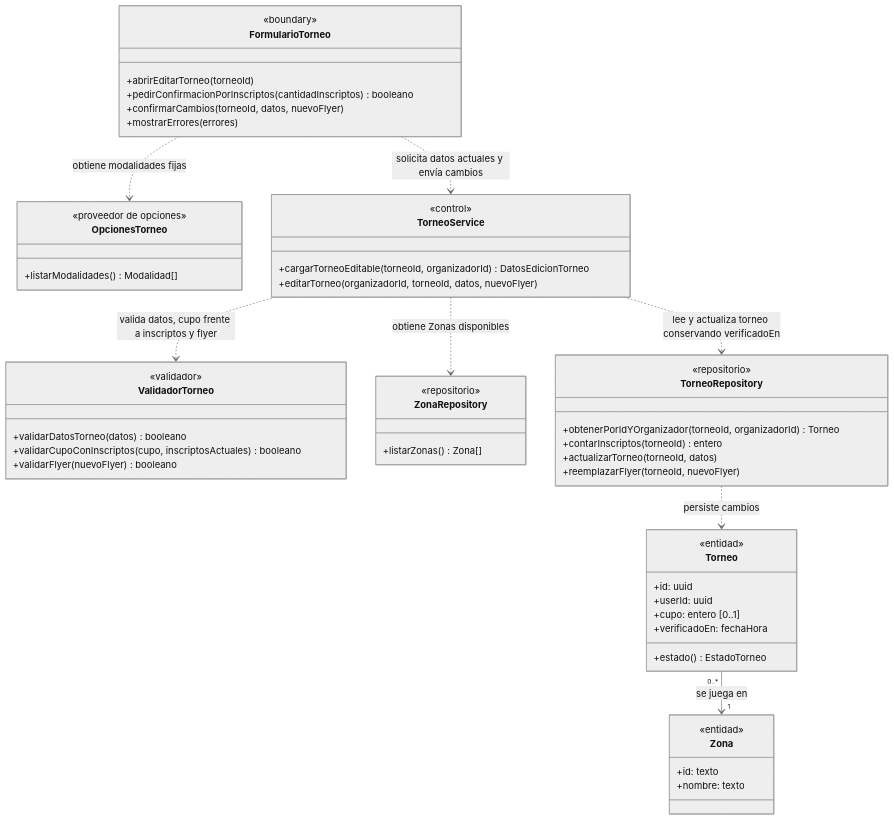
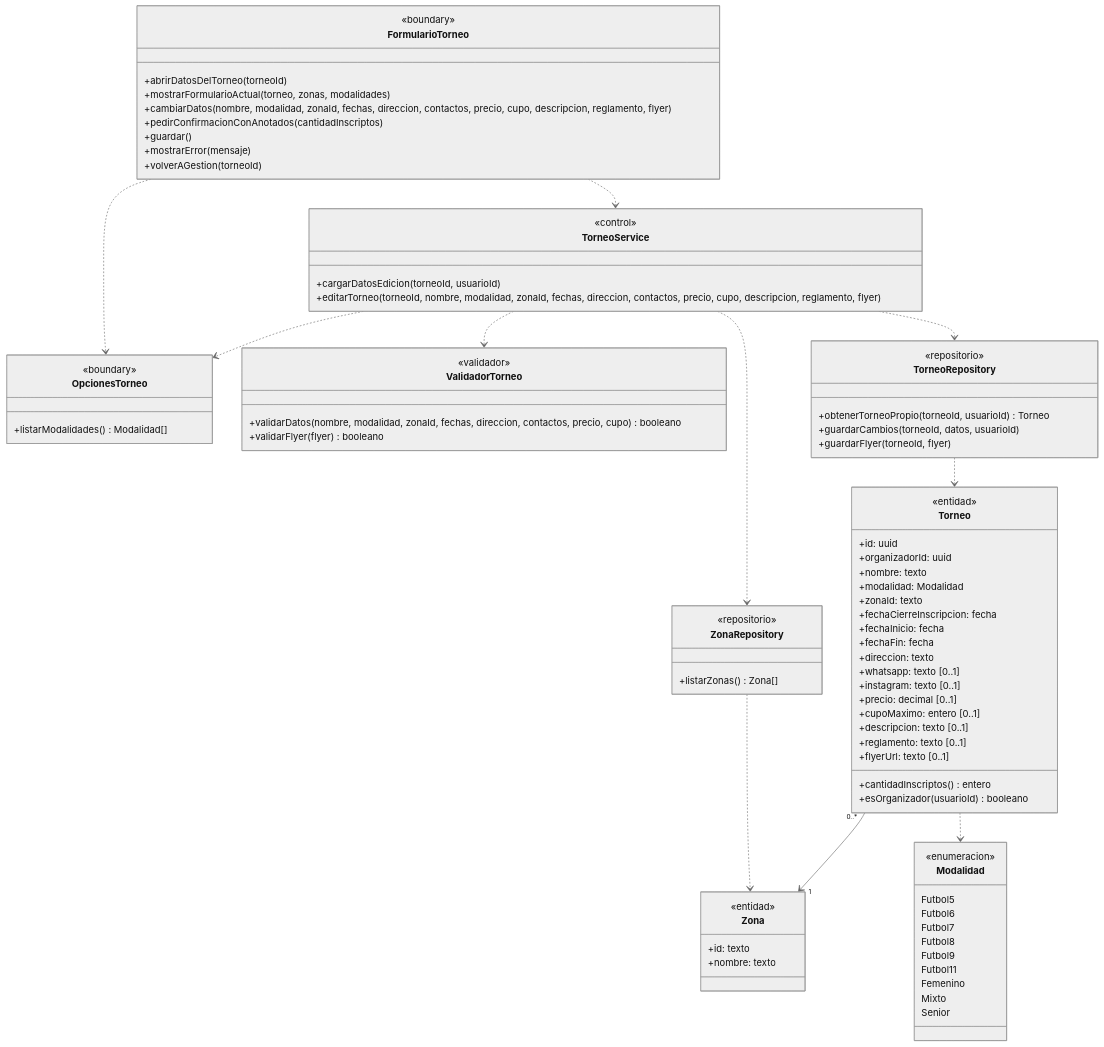
The fourth of 8 diagrams in docs/diagramas-de-clase/organizador.md (nicqletal/torneos-scraper), drawn with Mermaid (neutral theme) before and after one commit. The commit also changed other lines of this file and 13 other files, not shown here.

````diff
--- a/docs/diagramas-de-clase/organizador.md
+++ b/docs/diagramas-de-clase/organizador.md
@@ -257,27 +291,28 @@
 ```mermaid
 classDiagram
-direction TB
 class FormularioTorneo {
   <<boundary>>
-  +abrirEditarTorneo(torneoId)
-  +pedirConfirmacionPorInscriptos(cantidadInscriptos) booleano
-  +confirmarCambios(torneoId, datos, nuevoFlyer)
-  +mostrarErrores(errores)
+  +abrirDatosDelTorneo(torneoId)
+  +mostrarFormularioActual(torneo, zonas, modalidades)
+  +cambiarDatos(nombre, modalidad, zonaId, fechas, direccion, contactos, precio, cupo, descripcion, reglamento, flyer)
+  +pedirConfirmacionConAnotados(cantidadInscriptos)
+  +guardar()
+  +mostrarError(mensaje)
+  +volverAGestion(torneoId)
 }
 class OpcionesTorneo {
-  <<proveedor de opciones>>
+  <<boundary>>
   +listarModalidades() Modalidad[]
 }
 class TorneoService {
   <<control>>
-  +cargarTorneoEditable(torneoId, organizadorId) DatosEdicionTorneo
-  +editarTorneo(organizadorId, torneoId, datos, nuevoFlyer)
+  +cargarDatosEdicion(torneoId, usuarioId)
+  +editarTorneo(torneoId, nombre, modalidad, zonaId, fechas, direccion, contactos, precio, cupo, descripcion, reglamento, flyer)
 }
 class ValidadorTorneo {
   <<validador>>
-  +validarDatosTorneo(datos) booleano
-  +validarCupoConInscriptos(cupo, inscriptosActuales) booleano
-  +validarFlyer(nuevoFlyer) booleano
+  +validarDatos(nombre, modalidad, zonaId, fechas, direccion, contactos, precio, cupo) booleano
+  +validarFlyer(flyer) booleano
 }
 class ZonaRepository {
   <<repositorio>>
@@ -285,29 +320,56 @@
 }
 class TorneoRepository {
   <<repositorio>>
-  +obtenerPorIdYOrganizador(torneoId, organizadorId) Torneo
-  +contarInscriptos(torneoId) entero
-  +actualizarTorneo(torneoId, datos)
-  +reemplazarFlyer(torneoId, nuevoFlyer)
+  +obtenerTorneoPropio(torneoId, usuarioId) Torneo
+  +guardarCambios(torneoId, datos, usuarioId)
+  +guardarFlyer(torneoId, flyer)
 }
 class Torneo {
   <<entidad>>
   +id: uuid
-  +userId: uuid
-  +cupo: entero [0..1]
-  +verificadoEn: fechaHora
-  +estado() EstadoTorneo
+  +organizadorId: uuid
+  +nombre: texto
+  +modalidad: Modalidad
+  +zonaId: texto
+  +fechaCierreInscripcion: fecha
+  +fechaInicio: fecha
+  +fechaFin: fecha
+  +direccion: texto
+  +whatsapp: texto [0..1]
+  +instagram: texto [0..1]
+  +precio: decimal [0..1]
+  +cupoMaximo: entero [0..1]
+  +descripcion: texto [0..1]
+  +reglamento: texto [0..1]
+  +flyerUrl: texto [0..1]
+  +cantidadInscriptos() entero
+  +esOrganizador(usuarioId) booleano
 }
 class Zona {
   <<entidad>>
   +id: texto
   +nombre: texto
 }
-FormularioTorneo ..> OpcionesTorneo : obtiene modalidades fijas
-FormularioTorneo ..> TorneoService : solicita datos actuales y envía cambios
-TorneoService ..> ZonaRepository : obtiene Zonas disponibles
-TorneoService ..> ValidadorTorneo : valida datos, cupo frente a inscriptos y flyer
-TorneoService ..> TorneoRepository : lee y actualiza torneo conservando verificadoEn
-TorneoRepository ..> Torneo : persiste cambios
-Torneo "0..*" --> "1" Zona : se juega en
+class Modalidad {
+  <<enumeracion>>
+  Futbol5
+  Futbol6
+  Futbol7
+  Futbol8
+  Futbol9
+  Futbol11
+  Femenino
+  Mixto
+  Senior
+}
+FormularioTorneo ..> OpcionesTorneo
+FormularioTorneo ..> TorneoService
+TorneoService ..> OpcionesTorneo
+TorneoService ..> ZonaRepository
+TorneoService ..> ValidadorTorneo
+TorneoService ..> TorneoRepository
+ZonaRepository ..> Zona
+TorneoRepository ..> Torneo
+Torneo "0..*" --> "1" Zona
+Torneo ..> Modalidad
 ```
````
